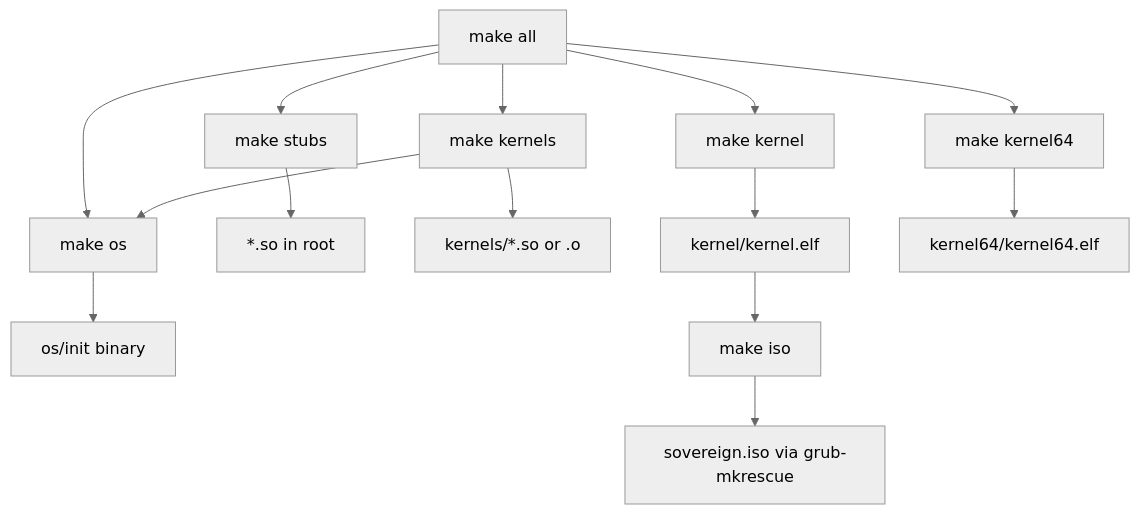
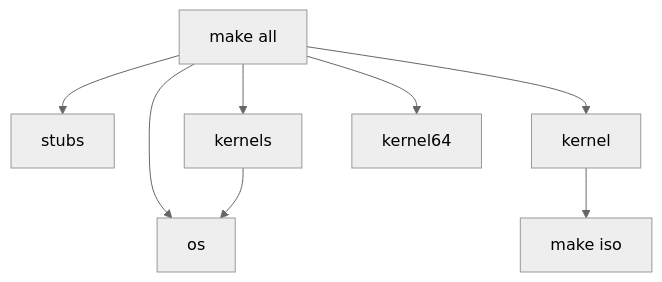
The third of 3 diagrams in README.md (AHMADALIPARR/preeny-sovereign), drawn with Mermaid (neutral theme) before and after one commit. The commit also changed other lines of this file, not shown here.

Commit message:
Slim README: fewer tables, fix markup, embed architecture photos

````diff
--- a/README.md
+++ b/README.md
@@ -214,16 +120,10 @@
 ```mermaid
 flowchart TD
-    ALL[make all] --> STUBS[make stubs]
-    ALL --> KER[make kernels]
-    ALL --> OS[make os]
-    ALL --> K32[make kernel]
-    ALL --> K64[make kernel64]
+    ALL[make all] --> STUBS[stubs]
+    ALL --> KER[kernels]
+    ALL --> OS[os]
+    ALL --> K32[kernel]
+    ALL --> K64[kernel64]
     KER --> OS
-    STUBS --> SOS["*.so in root"]
-    KER --> F90["kernels/*.so or .o"]
-    OS --> INIT[os/init binary]
-    K32 --> ELF32[kernel/kernel.elf]
-    K64 --> ELF64[kernel64/kernel64.elf]
-    ISO[make iso] --> GRUB[sovereign.iso via grub-mkrescue]
-    ELF32 --> ISO
+    K32 --> ISO[make iso]
 ```
````
